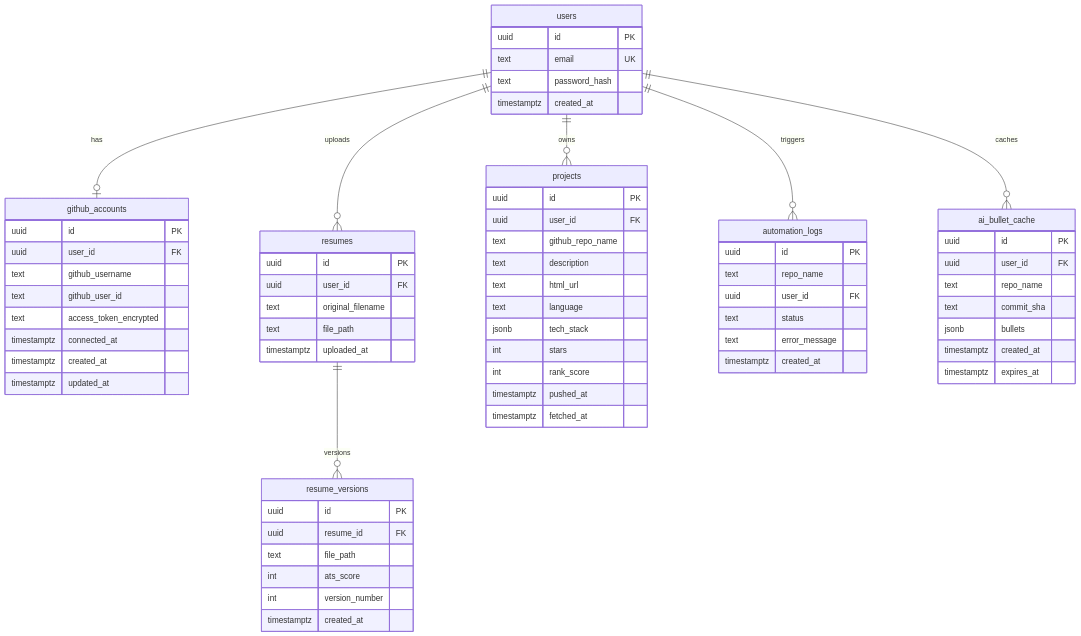
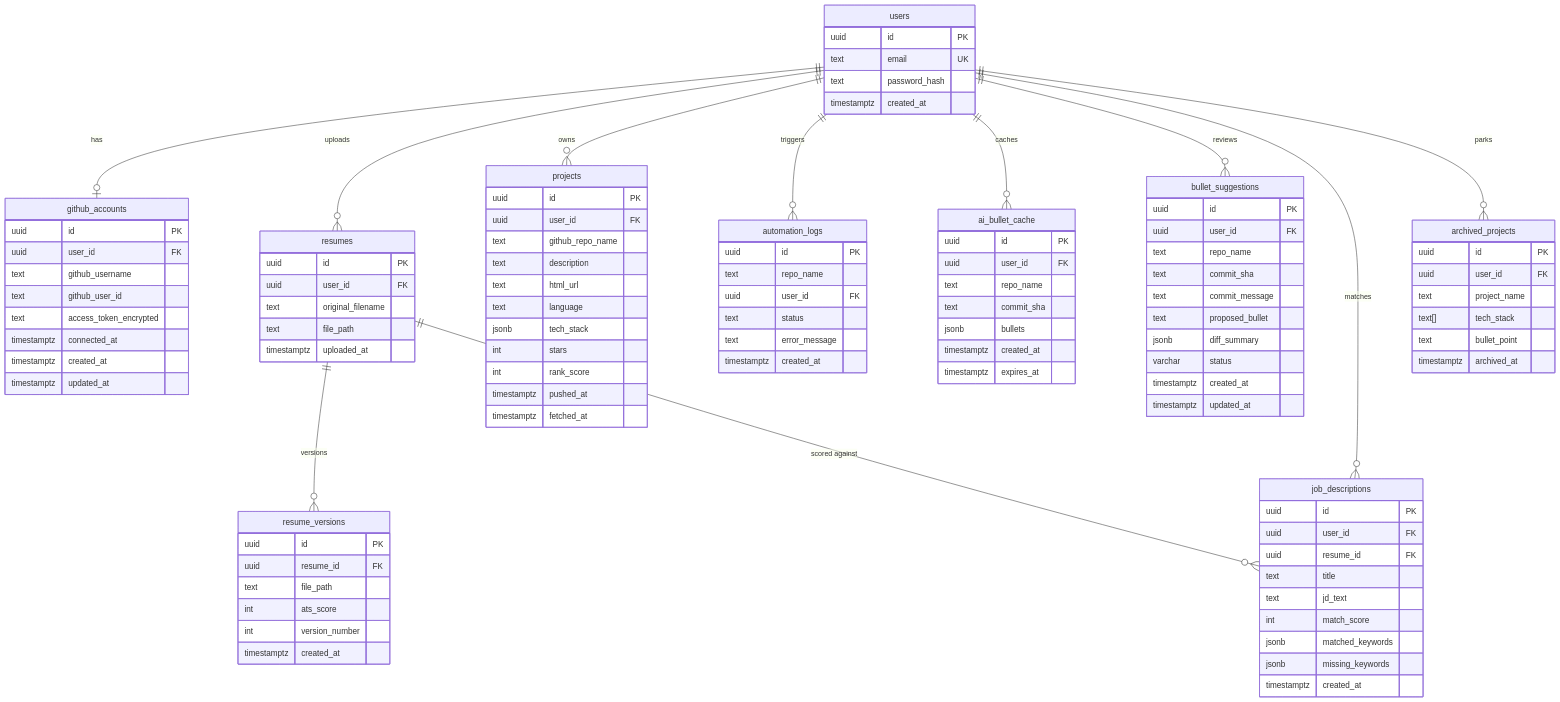
One commit to yjaveria3-netizen/Resume-Automation changed the diagram in docs/DATABASE_SCHEMA.md. Above: the diagram before and after it, drawn with Mermaid. The commit also changed other lines of this file and 4 other files, not shown here.

````diff
--- a/docs/DATABASE_SCHEMA.md
+++ b/docs/DATABASE_SCHEMA.md
@@ -14,6 +14,10 @@
     users ||--o{ automation_logs : "triggers"
     resumes ||--o{ resume_versions : "versions"
     users ||--o{ ai_bullet_cache : "caches"
+    users ||--o{ bullet_suggestions : "reviews"
+    users ||--o{ job_descriptions : "matches"
+    users ||--o{ archived_projects : "parks"
+    resumes ||--o{ job_descriptions : "scored against"
 
     users {
         uuid id PK
@@ -82,4 +86,38 @@
         text error_message
         timestamptz created_at
     }
+
+    bullet_suggestions {
+        uuid id PK
+        uuid user_id FK
+        text repo_name
+        text commit_sha
+        text commit_message
+        text proposed_bullet
+        jsonb diff_summary
+        varchar status
+        timestamptz created_at
+        timestamptz updated_at
+    }
+
+    job_descriptions {
+        uuid id PK
+        uuid user_id FK
+        uuid resume_id FK
+        text title
+        text jd_text
+        int match_score
+        jsonb matched_keywords
+        jsonb missing_keywords
+        timestamptz created_at
+    }
+
+    archived_projects {
+        uuid id PK
+        uuid user_id FK
+        text project_name
+        text[] tech_stack
+        text bullet_point
+        timestamptz archived_at
+    }
 ```
````
